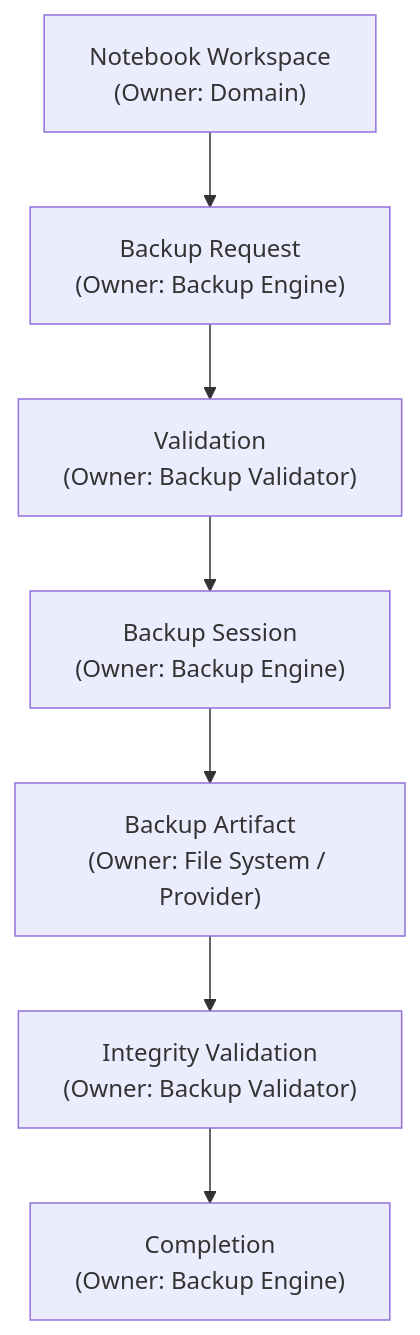
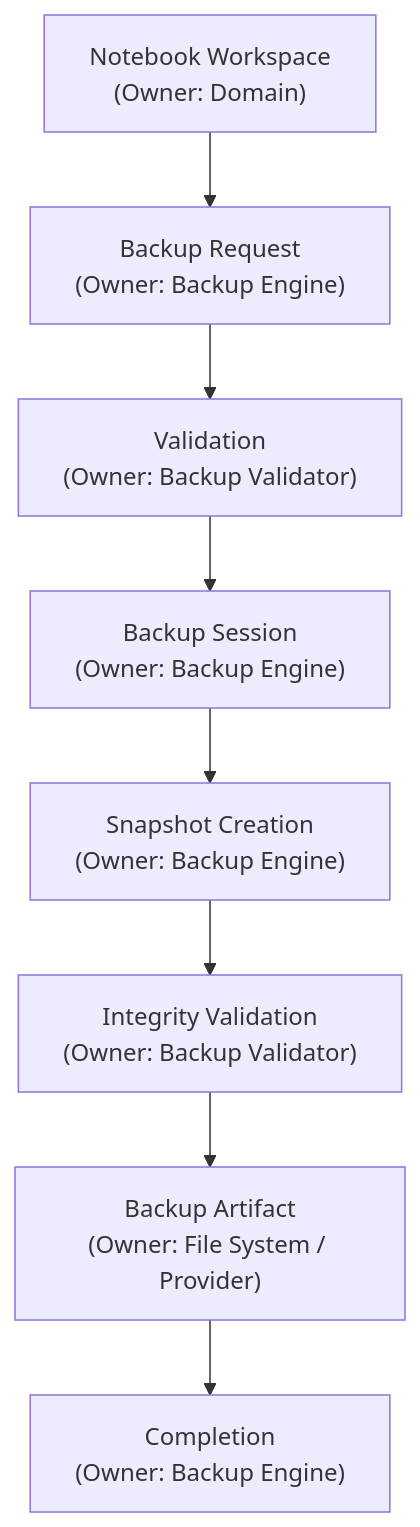
The first of 2 diagrams in docs/03-modules/backup/08-BackupGovernance.md (Sayantan5665/NoteBook), drawn with Mermaid before and after one commit. The commit also changed other lines of this file and 4 other files, not shown here.

````diff
--- a/docs/03-modules/backup/08-BackupGovernance.md
+++ b/docs/03-modules/backup/08-BackupGovernance.md
@@ -50,9 +51,10 @@
 ```mermaid
 flowchart TD
     A["Notebook Workspace\n(Owner: Domain)"] --> B["Backup Request\n(Owner: Backup Engine)"]
     B --> C["Validation\n(Owner: Backup Validator)"]
     C --> D["Backup Session\n(Owner: Backup Engine)"]
-    D --> E["Backup Artifact\n(Owner: File System / Provider)"]
+    D --> E["Snapshot Creation\n(Owner: Backup Engine)"]
     E --> F["Integrity Validation\n(Owner: Backup Validator)"]
-    F --> G["Completion\n(Owner: Backup Engine)"]
+    F --> G["Backup Artifact\n(Owner: File System / Provider)"]
+    G --> H["Completion\n(Owner: Backup Engine)"]
 ```
````
